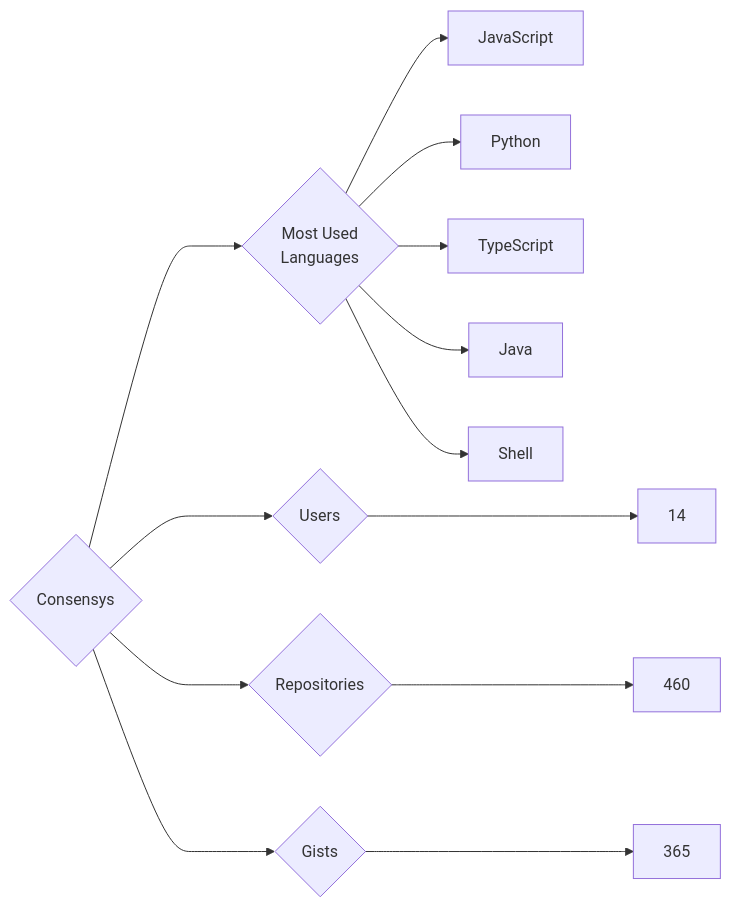
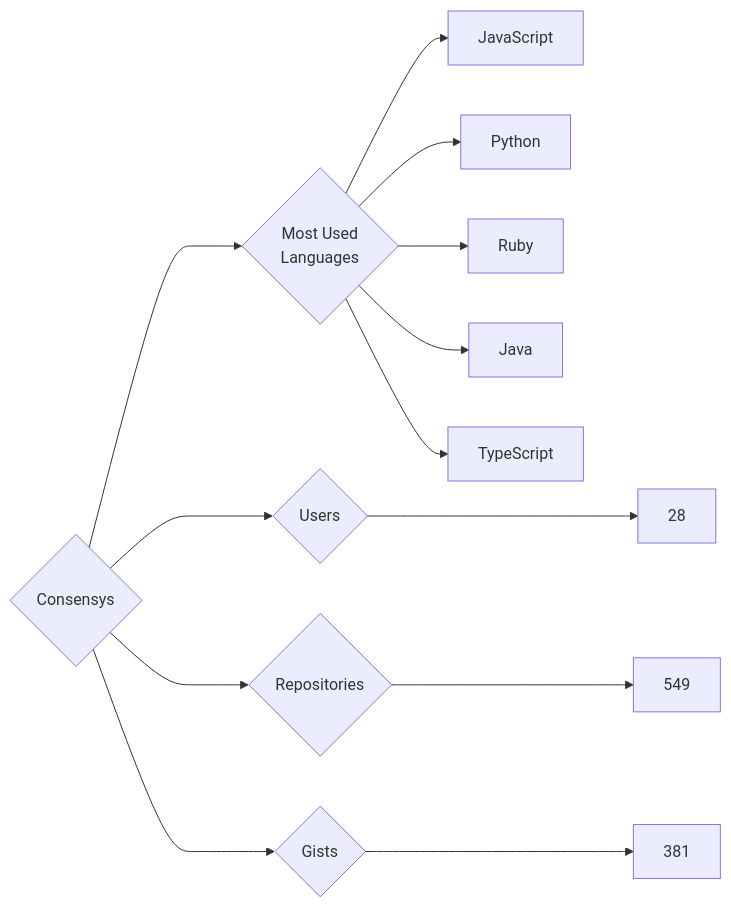
The diagram in targets/Consensys/README.md (trickest/insiders), drawn with Mermaid before and after one commit. The commit also changed 932 other files, not shown here.

````diff
--- a/targets/Consensys/README.md
+++ b/targets/Consensys/README.md
@@ -3,13 +3,13 @@
 ```mermaid
 graph LR
 COMPANY_NAME{Consensys}
-COMPANY_NAME ---> U{Users} ---> UN[14]
-COMPANY_NAME ---> R{Repositories} ---> RN[460]
-COMPANY_NAME ---> G{Gists} ---> GN[365]
+COMPANY_NAME ---> U{Users} ---> UN[28]
+COMPANY_NAME ---> R{Repositories} ---> RN[549]
+COMPANY_NAME ---> G{Gists} ---> GN[381]
 COMPANY_NAME ---> ML{Most Used<br>Languages}
 ML --> JavaScript[JavaScript]
 ML --> Python[Python]
+ML --> Ruby[Ruby]
+ML --> Java[Java]
 ML --> TypeScript[TypeScript]
-ML --> Java[Java]
-ML --> Shell[Shell]
 ```
````
